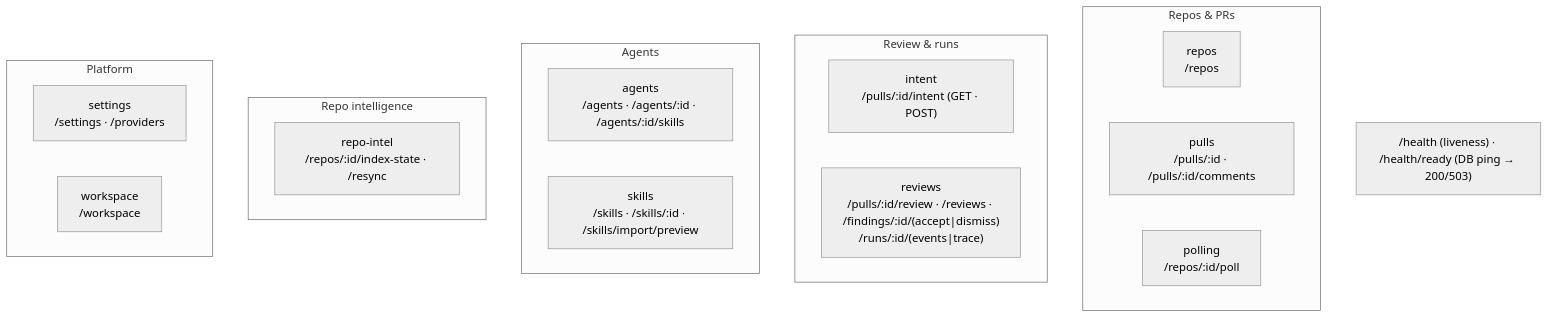
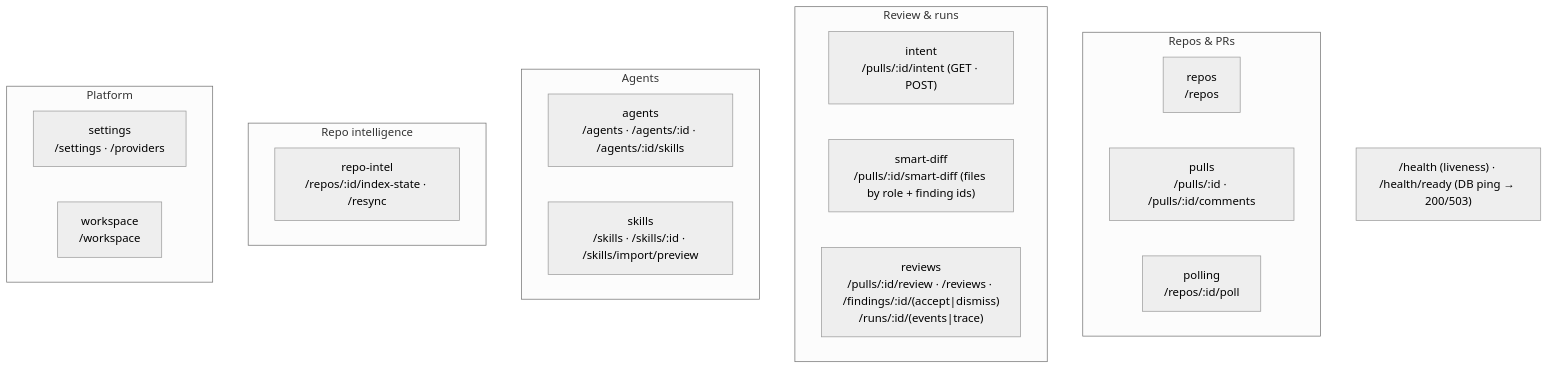
Before and after one commit to natalia-zakalyk/dev-digest: the second of 2 diagrams in server/README.md, drawn with Mermaid (neutral theme). The commit also changed 54 other files, not shown here.

Commit message:
L03-smart-diff

````diff
--- a/server/README.md
+++ b/server/README.md
@@ -66,24 +66,25 @@
 ```mermaid
 flowchart TB
   subgraph Repos_PRs["Repos & PRs"]
     repos["repos<br/>/repos"]
     pulls["pulls<br/>/pulls/:id · /pulls/:id/comments"]
     polling["polling<br/>/repos/:id/poll"]
   end
   subgraph Review["Review & runs"]
     intent["intent<br/>/pulls/:id/intent (GET · POST)"]
+    smartDiff["smart-diff<br/>/pulls/:id/smart-diff (files by role + finding ids)"]
     reviews["reviews<br/>/pulls/:id/review · /reviews · /findings/:id/(accept|dismiss)<br/>/runs/:id/(events|trace)"]
   end
   subgraph Agents["Agents"]
     agents["agents<br/>/agents · /agents/:id · /agents/:id/skills"]
     skills["skills<br/>/skills · /skills/:id · /skills/import/preview"]
   end
   subgraph Intel["Repo intelligence"]
     repoIntel["repo-intel<br/>/repos/:id/index-state · /resync"]
   end
   subgraph Platform["Platform"]
     settings["settings<br/>/settings · /providers"]
     workspace["workspace<br/>/workspace"]
   end
   HEALTH["/health (liveness) · /health/ready (DB ping → 200/503)"]
 ```
````
